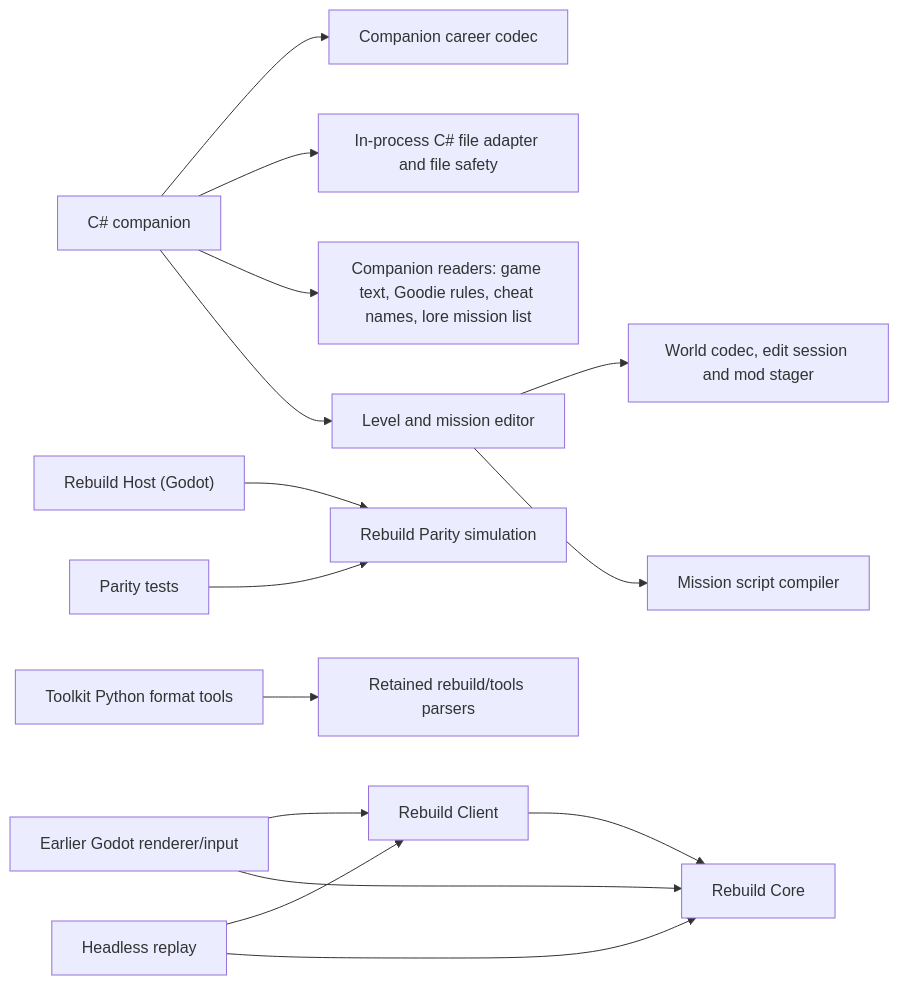
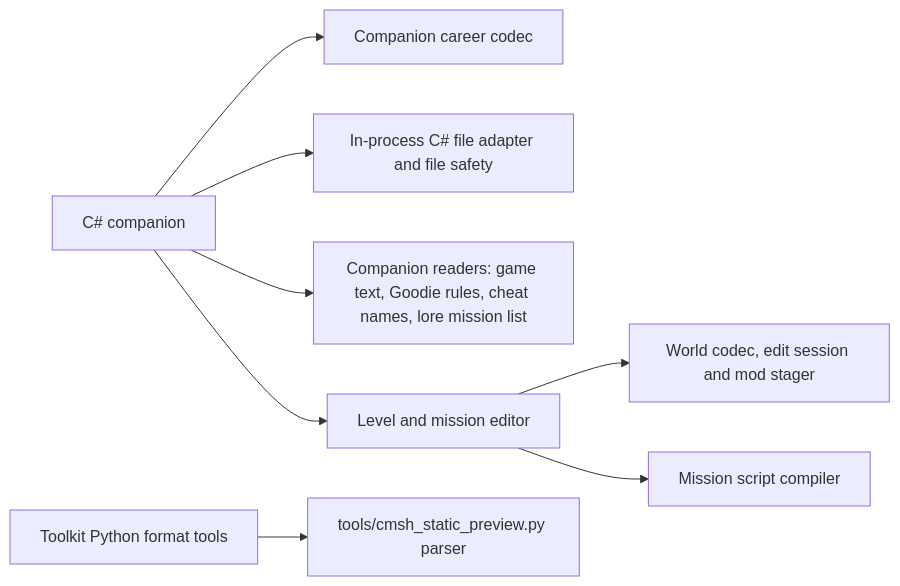
Before and after one commit to dlprentice/Onslaught-Career-Editor: the diagram in PROJECT-INDEX.md, drawn with Mermaid. The commit also changed other lines of this file and 885 other files, not shown here.

````diff
--- a/PROJECT-INDEX.md
+++ b/PROJECT-INDEX.md
@@ -22,17 +21,10 @@
 ```mermaid
 flowchart LR
     T["C# companion"] --> D["Companion career codec"]
     T --> B["In-process C# file adapter and file safety"]
     T --> L["Companion readers: game text, Goodie rules, cheat names, lore mission list"]
     T --> E["Level and mission editor"]
     E --> W["World codec, edit session and mod stager"]
     E --> M["Mission script compiler"]
-    HO["Rebuild Host (Godot)"] --> P["Rebuild Parity simulation"]
-    PT["Parity tests"] --> P
-    G["Earlier Godot renderer/input"] --> RC["Rebuild Client"]
-    G --> RCore["Rebuild Core"]
-    H["Headless replay"] --> RC
-    H --> RCore
-    RC --> RCore
-    PY["Toolkit Python format tools"] --> RP["Retained rebuild/tools parsers"]
+    PY["Toolkit Python format tools"] --> RP["tools/cmsh_static_preview.py parser"]
 ```
````
